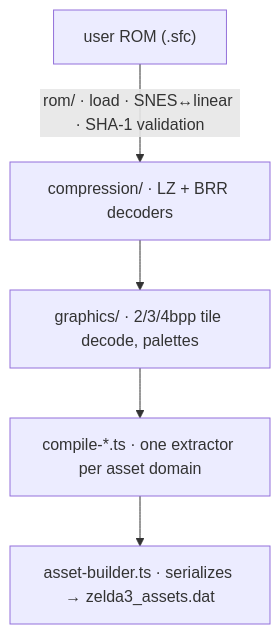
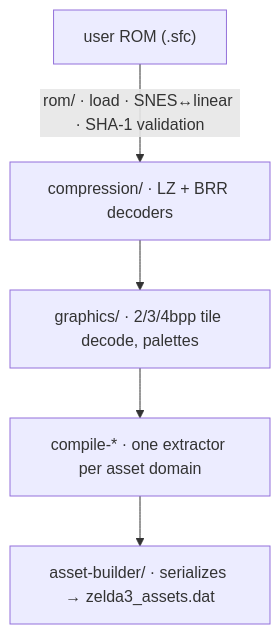
Before and after one commit to drizztdourden08/relic-of-the-past: the diagram in docs/architecture/asset-extraction.md, drawn with Mermaid. The commit also changed other lines of this file and 14 other files, not shown here.

````diff
--- a/docs/architecture/asset-extraction.md
+++ b/docs/architecture/asset-extraction.md
@@ -10,7 +10,7 @@
 ```mermaid
 flowchart TD
     ROM["user ROM (.sfc)"] -->|"rom/ · load · SNES↔linear · SHA-1 validation"| COMP["compression/ · LZ + BRR decoders"]
     COMP --> GFX["graphics/ · 2/3/4bpp tile decode, palettes"]
-    GFX --> CMP["compile-*.ts · one extractor per asset domain"]
-    CMP --> AB["asset-builder.ts · serializes → zelda3_assets.dat"]
+    GFX --> CMP["compile-* · one extractor per asset domain"]
+    CMP --> AB["asset-builder/ · serializes → zelda3_assets.dat"]
 ```
````
